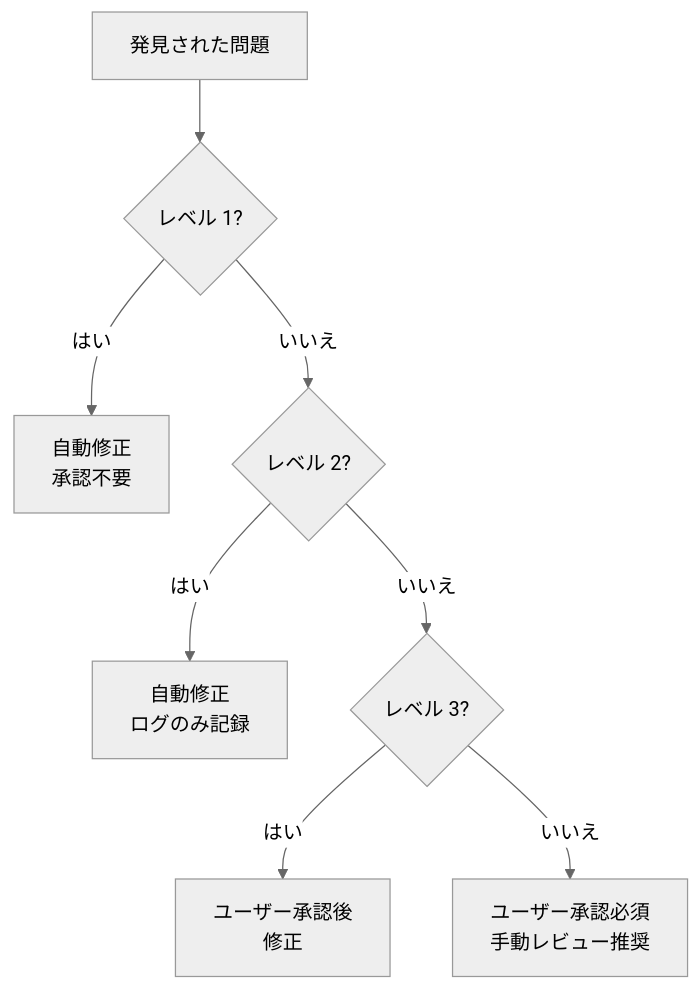
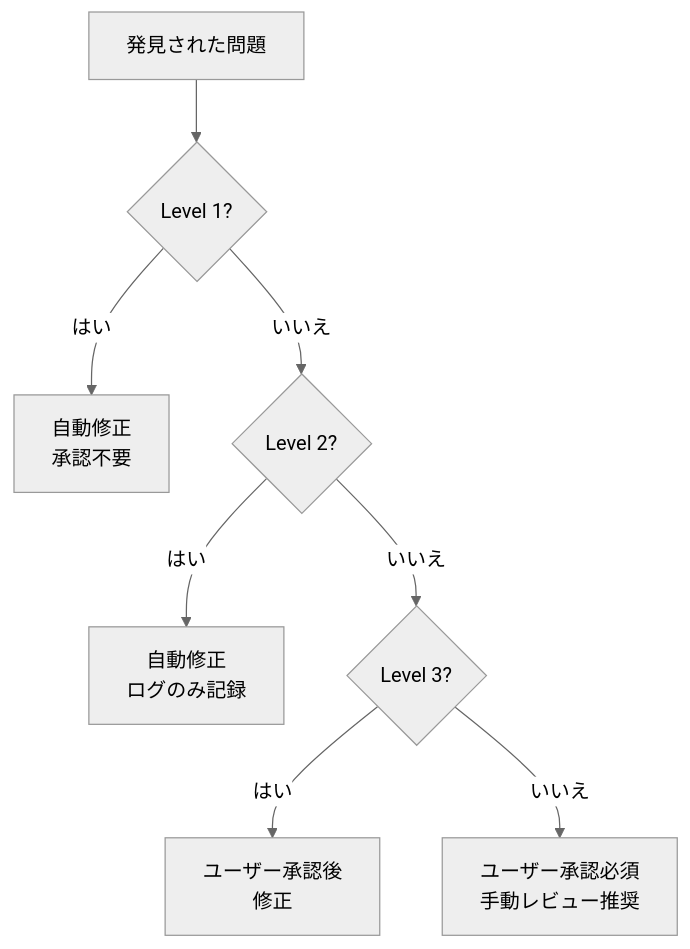
Before and after one commit to modu-ai/moai-adk: the second of 3 diagrams in docs-site/content/ja/utility-commands/moai-fix.md, drawn with Mermaid (neutral theme). The commit also changed other lines of this file and 395 other files, not shown here.

````diff
--- a/docs-site/content/ja/utility-commands/moai-fix.md
+++ b/docs-site/content/ja/utility-commands/moai-fix.md
@@ -116,10 +116,10 @@
 ```mermaid
 flowchart TD
-    Issue[発見された問題] --> L1{レベル 1?}
+    Issue[発見された問題] --> L1{Level 1?}
     L1 -->|はい| Auto1["自動修正<br/>承認不要"]
-    L1 -->|いいえ| L2{レベル 2?}
+    L1 -->|いいえ| L2{Level 2?}
     L2 -->|はい| Auto2["自動修正<br/>ログのみ記録"]
-    L2 -->|いいえ| L3{レベル 3?}
+    L2 -->|いいえ| L3{Level 3?}
     L3 -->|はい| Approve3["ユーザー承認後<br/>修正"]
     L3 -->|いいえ| Approve4["ユーザー承認必須<br/>手動レビュー推奨"]
 ```
````
